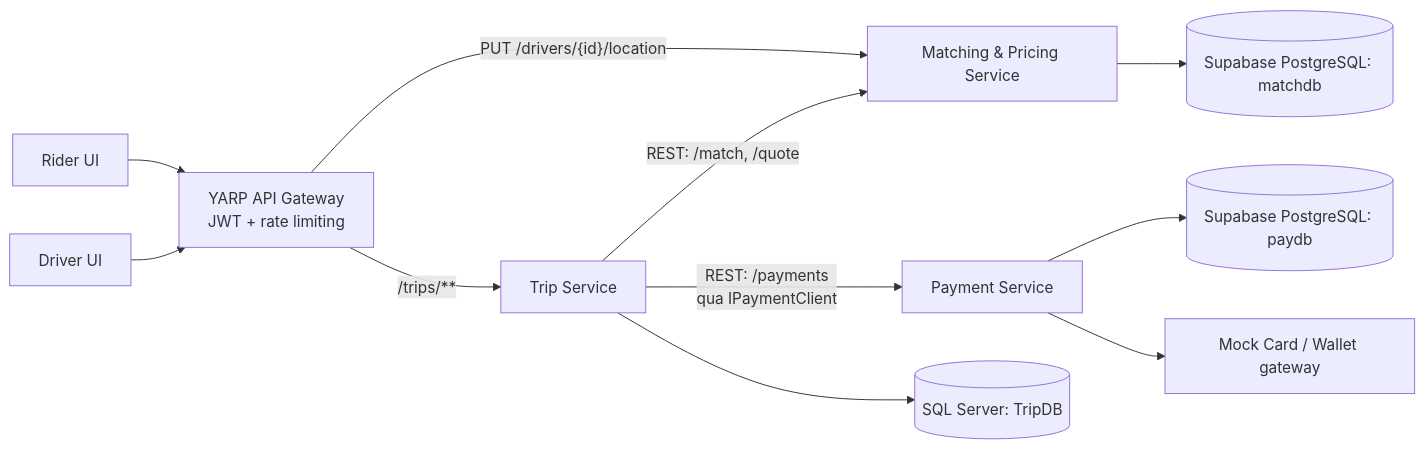
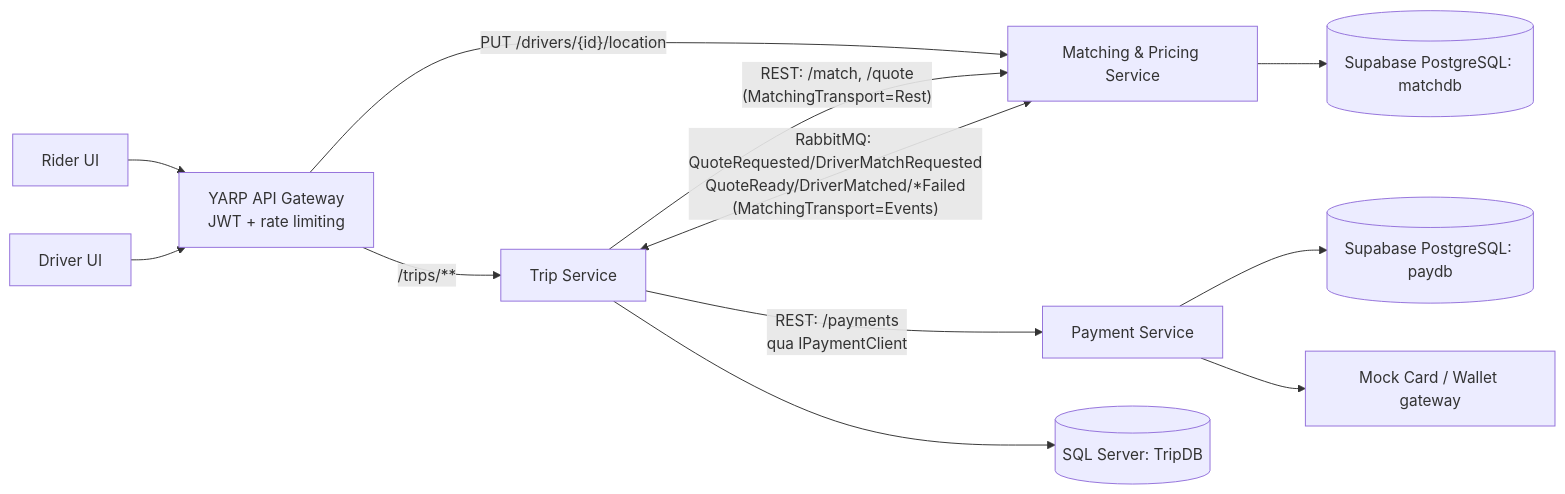
The first of 5 diagrams in docs/architecture.md (HoL0ngg/SwiftRide), drawn with Mermaid before and after one commit. The commit also changed other lines of this file and 42 other files, not shown here.

Commit message:
Them rabbitmq cho matching va trip

````diff
--- a/docs/architecture.md
+++ b/docs/architecture.md
@@ -122,13 +122,14 @@
 ```mermaid
 flowchart LR
     Rider["Rider UI"] --> Gateway["YARP API Gateway\nJWT + rate limiting"]
     Driver["Driver UI"] --> Gateway
     Gateway -->|"/trips/**"| Trip["Trip Service"]
     Gateway -->|"PUT /drivers/{id}/location"| Matching["Matching & Pricing Service"]
-    Trip -->|"REST: /match, /quote"| Matching
+    Trip -->|"REST: /match, /quote\n(MatchingTransport=Rest)"| Matching
+    Trip <-->|"RabbitMQ: QuoteRequested/DriverMatchRequested\nQuoteReady/DriverMatched/*Failed\n(MatchingTransport=Events)"| Matching
     Trip -->|"REST: /payments\nqua IPaymentClient"| Payment["Payment Service"]
     Trip --> TripDB[("SQL Server: TripDB")]
     Matching --> MatchDB[("Supabase PostgreSQL: matchdb")]
     Payment --> PayDB[("Supabase PostgreSQL: paydb")]
     Payment --> Mock["Mock Card / Wallet gateway"]
 ```
````
